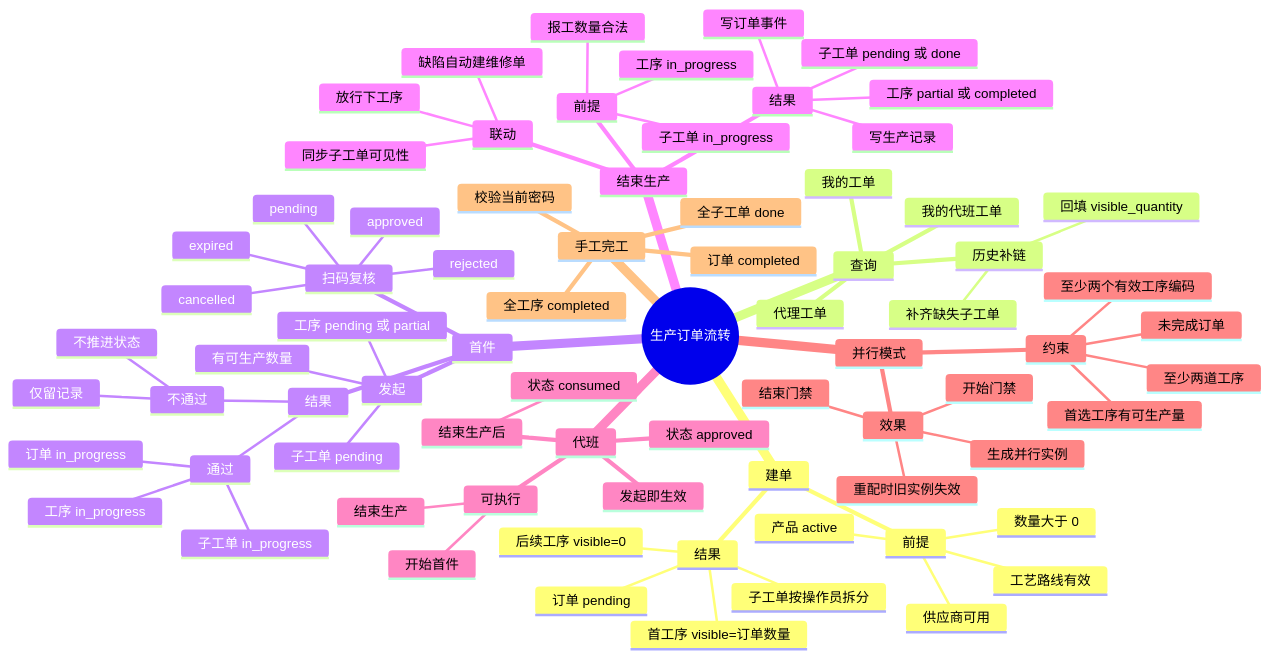
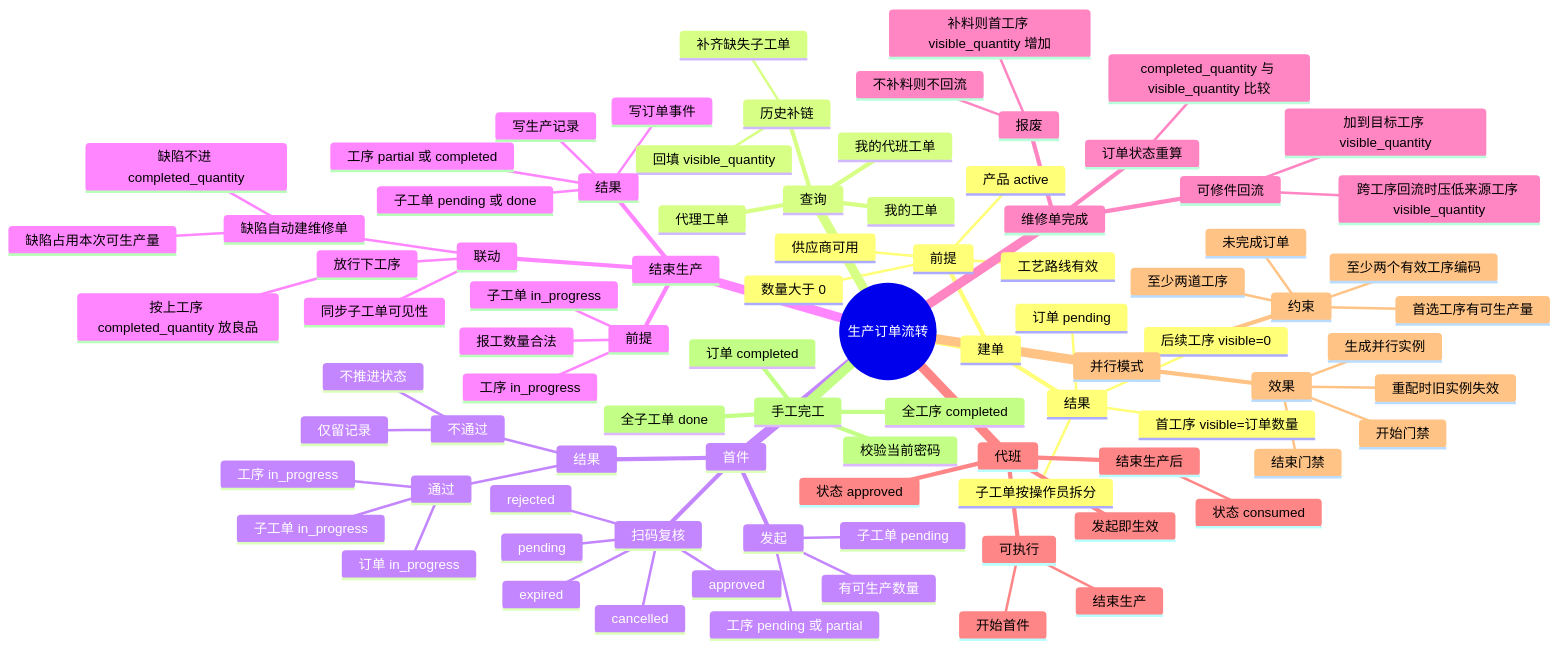
Before and after one commit to donkilove/ZYKJ_MES: the first of 3 diagrams in docs/生产订单流转/03-生产订单流转思维导图.md, drawn with Mermaid. The commit also changed other lines of this file and 3 other files, not shown here.

```diff
--- a/docs/生产订单流转/03-生产订单流转思维导图.md
+++ b/docs/生产订单流转/03-生产订单流转思维导图.md
@@ -54,8 +54,20 @@
         写订单事件
       联动
         放行下工序
+          按上工序 completed_quantity 放良品
         同步子工单可见性
         缺陷自动建维修单
+          缺陷不进 completed_quantity
+          缺陷占用本次可生产量
+    维修单完成
+      可修件回流
+        加到目标工序 visible_quantity
+        跨工序回流时压低来源工序 visible_quantity
+      报废
+        补料则首工序 visible_quantity 增加
+        不补料则不回流
+      订单状态重算
+        completed_quantity 与 visible_quantity 比较
     代班
       发起即生效
       状态 approved
```
